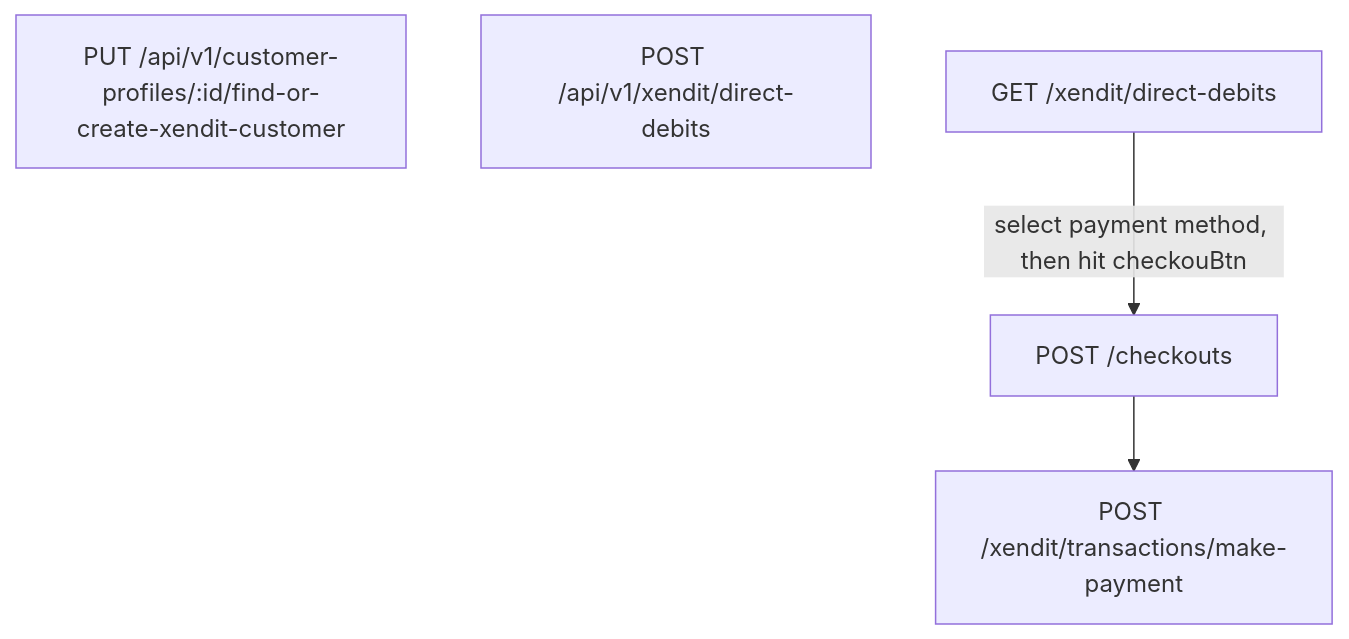
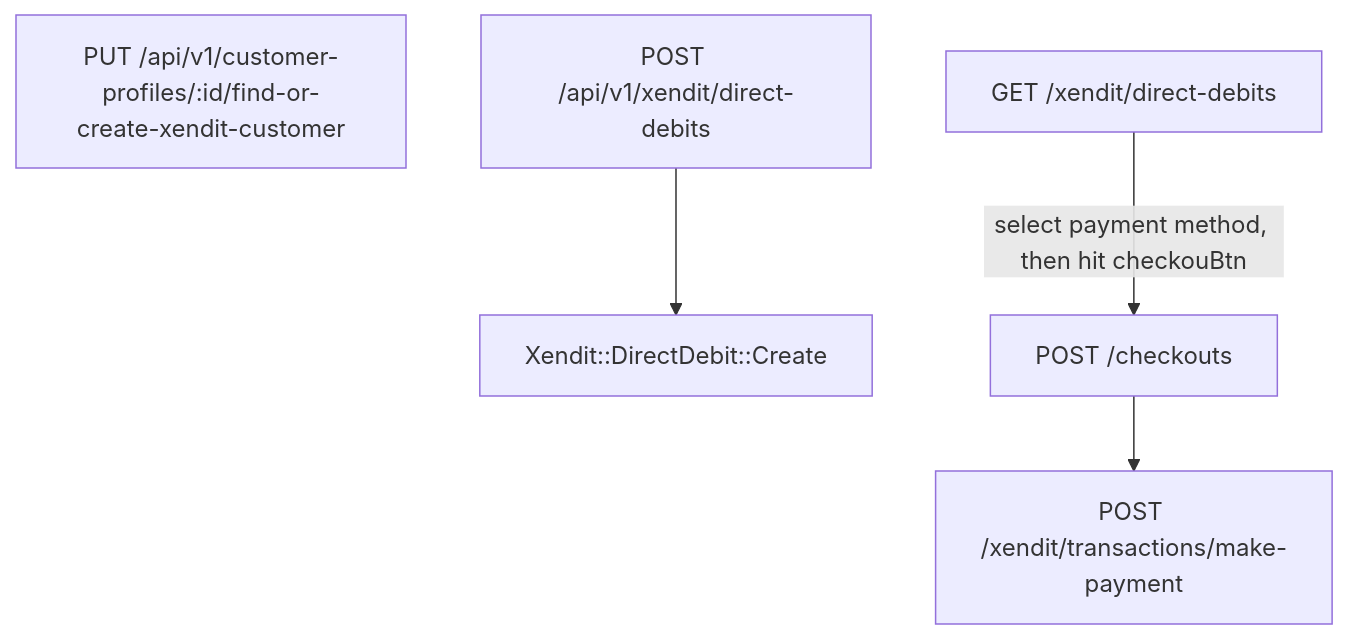
The diagram in xendit-direct-debit-flow.md (israelcoper/mermaid-diagram), drawn with Mermaid before and after one commit.

````diff
--- a/xendit-direct-debit-flow.md
+++ b/xendit-direct-debit-flow.md
@@ -2,11 +2,11 @@
 ```mermaid
 ---
 title:
 ---
 flowchart TB;
     A[PUT /api/v1/customer-profiles/:id/find-or-create-xendit-customer];
-    B[POST /api/v1/xendit/direct-debits];
+    B[POST /api/v1/xendit/direct-debits]-->F[Xendit::DirectDebit::Create];
     C[GET /xendit/direct-debits];
     C-- select payment method, then hit checkouBtn -->D[POST /checkouts];
     D-->E[POST /xendit/transactions/make-payment];
 ```
````
